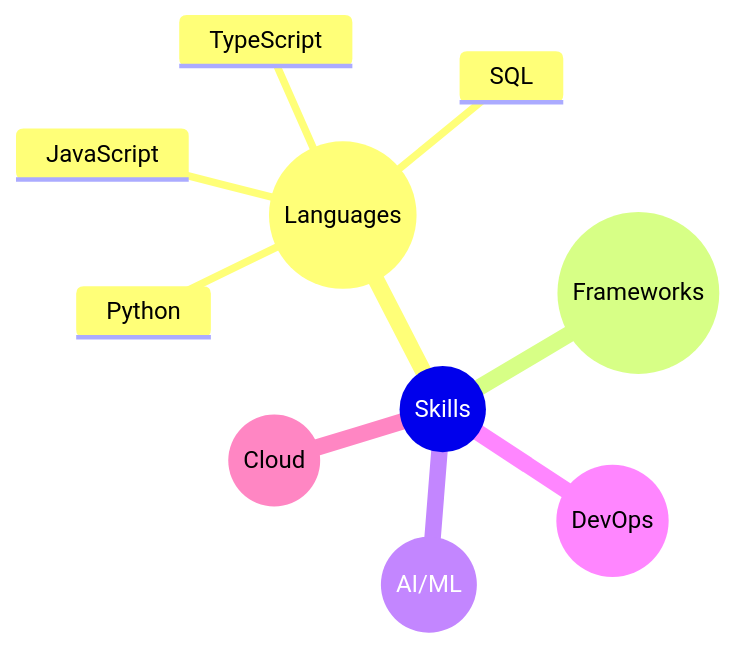
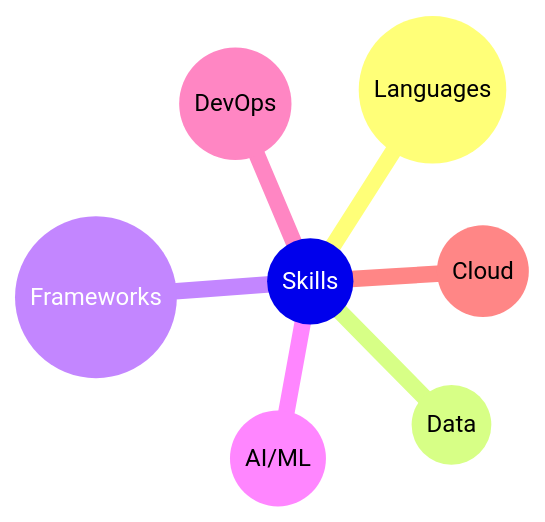
The diagram in README.md (j-gonzdev/j-gonzdev), drawn with Mermaid before and after one commit.

````diff
--- a/README.md
+++ b/README.md
@@ -5,13 +5,10 @@
 ```mermaid
 mindmap
   root((Skills))
     ((Languages))
-      Python
-      JavaScript
-      TypeScript
-      SQL
+    ((Data))
     ((Frameworks))
     ((AI/ML))
     ((DevOps))
     ((Cloud))
 ```
````
